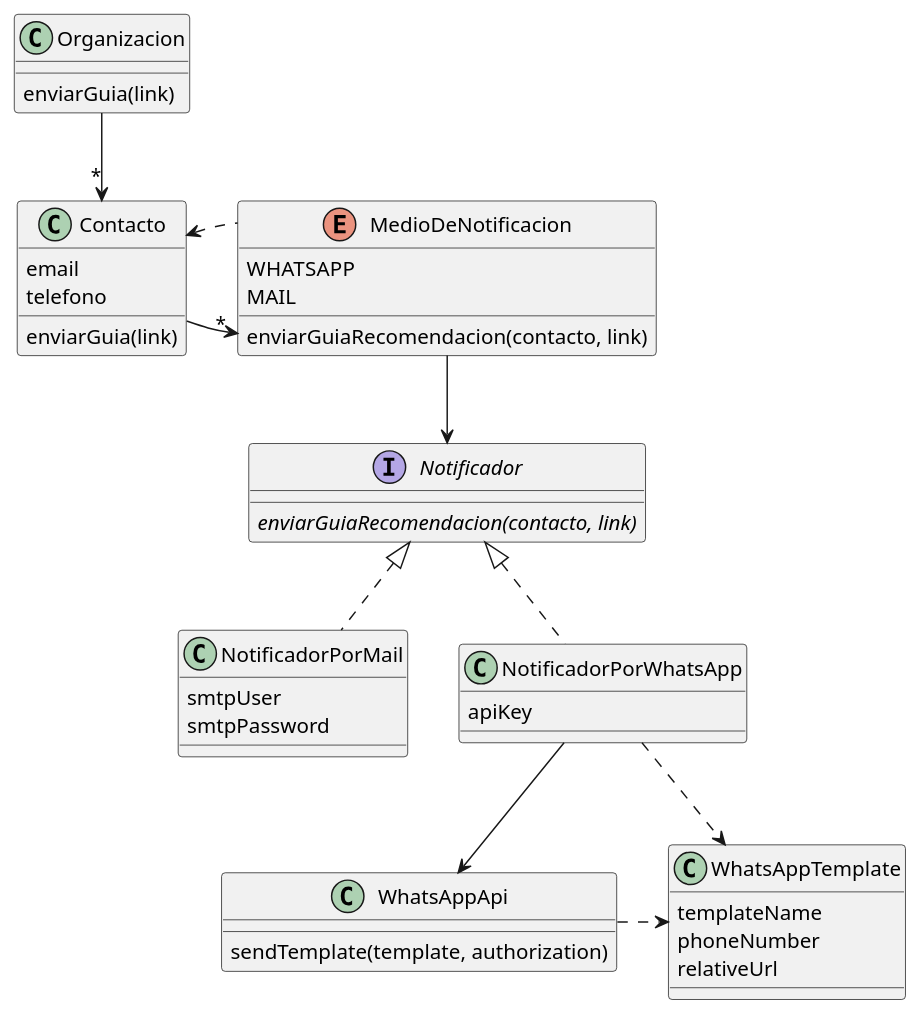
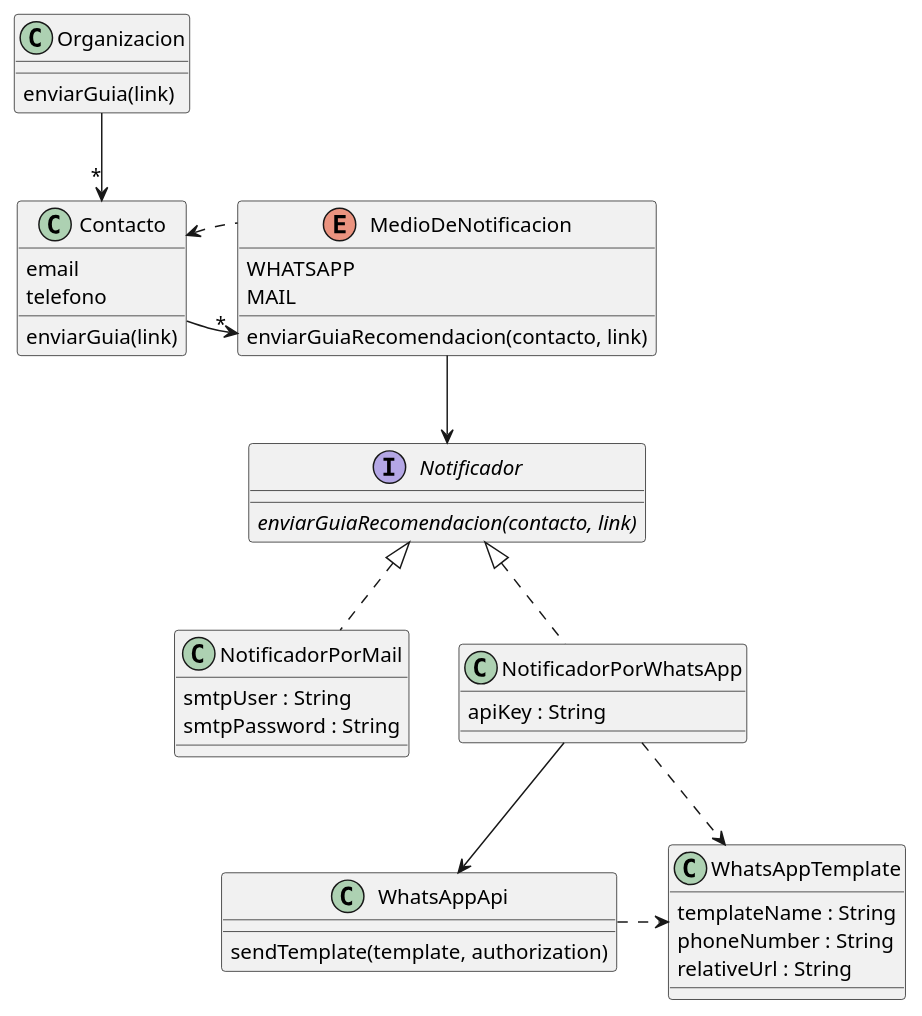
One commit to RaniAgus/dds-2022 changed the diagram in docs/puml/notificaciones.puml. Above: the diagram before and after it, drawn with PlantUML. The commit also changed 9 other files, not shown here.

Commit message:
correcciones en diagramas

```diff
--- a/docs/puml/notificaciones.puml
+++ b/docs/puml/notificaciones.puml
@@ -1,54 +1,54 @@
 @startuml
 
 class Organizacion {
     enviarGuia(link)
 }
 
 Organizacion --> "*" Contacto
 
 class Contacto {
     email
     telefono
     enviarGuia(link)
 }
 
 Contacto -right-> "*" MedioDeNotificacion
 
 enum MedioDeNotificacion {
     WHATSAPP
     MAIL
     enviarGuiaRecomendacion(contacto, link)
 }
 
 MedioDeNotificacion --> Notificador
 Contacto <.. MedioDeNotificacion
 
 interface Notificador {
     {abstract} enviarGuiaRecomendacion(contacto, link)
 }
 
 class NotificadorPorMail implements Notificador {
-    smtpUser
-    smtpPassword
+    smtpUser : String
+    smtpPassword : String
 }
 
 class NotificadorPorWhatsApp implements Notificador {
-    apiKey
+    apiKey : String
 }
 
 NotificadorPorWhatsApp --> WhatsAppApi
 NotificadorPorWhatsApp ..> WhatsAppTemplate
 
 class WhatsAppApi {
     sendTemplate(template, authorization)
 }
 
 WhatsAppTemplate <.left. WhatsAppApi
 
 class WhatsAppTemplate {
-    templateName
-    phoneNumber
-    relativeUrl
+    templateName : String
+    phoneNumber : String
+    relativeUrl : String
 }
 
 @enduml
```
